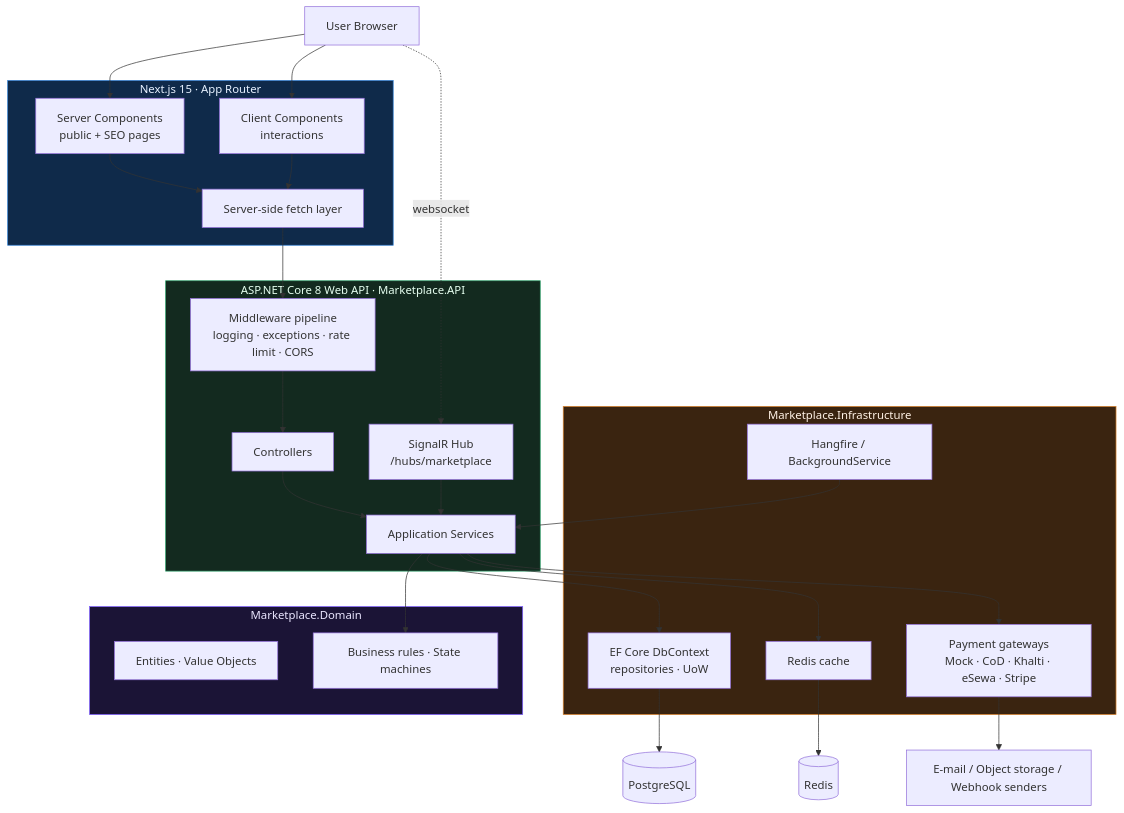
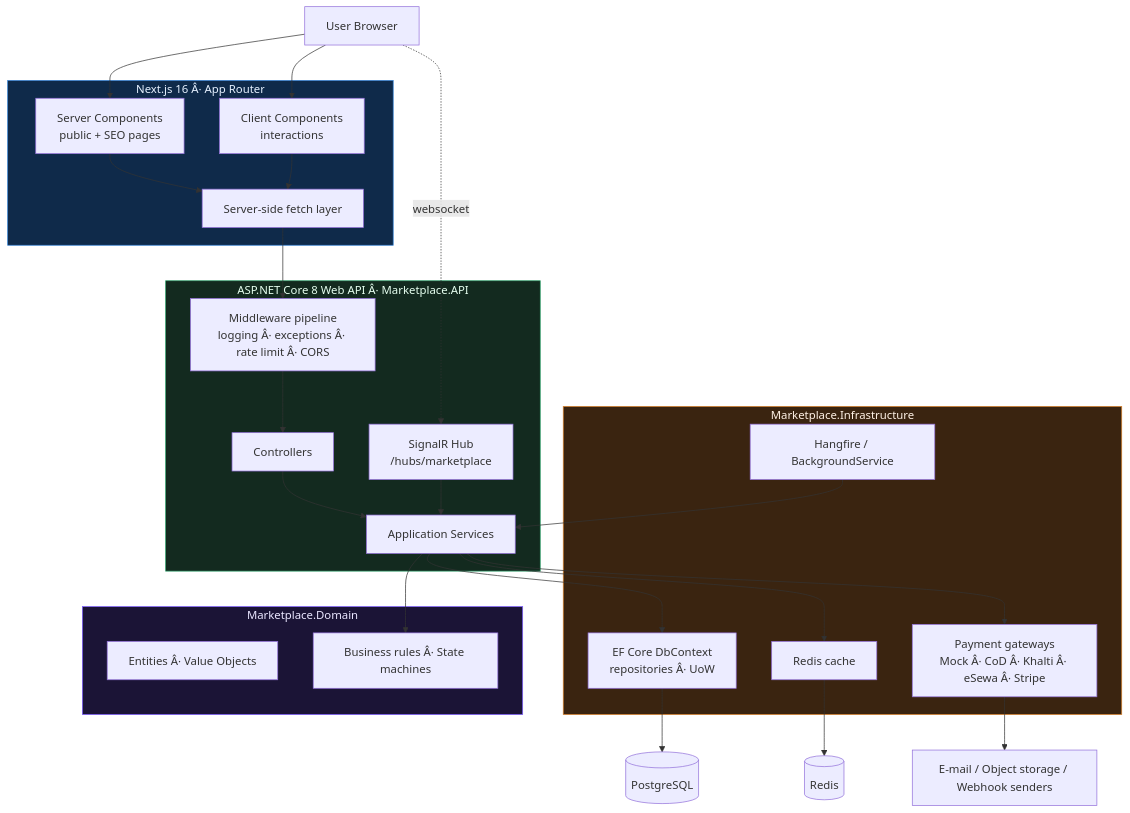
One commit to parth1-web/Multi-Vendor-Ecommerce-Marketplace changed the first of 7 diagrams in docs/architecture/DIAGRAMS.md. Above: the diagram before and after it, drawn with Mermaid. The commit also changed other lines of this file and 2 other files, not shown here.

First line of the commit message:
docs: move the documented frontend to Next 16 and fix the run instructions

````diff
--- a/docs/architecture/DIAGRAMS.md
+++ b/docs/architecture/DIAGRAMS.md
@@ -5,55 +5,55 @@
 ```mermaid
 graph TB
     Browser["User Browser"]
 
-    subgraph FE["Next.js 15 · App Router"]
+    subgraph FE["Next.js 16 Â· App Router"]
         RSC["Server Components<br/>public + SEO pages"]
         CC["Client Components<br/>interactions"]
         API["Server-side fetch layer"]
     end
 
-    subgraph BE["ASP.NET Core 8 Web API · Marketplace.API"]
-        MW["Middleware pipeline<br/>logging · exceptions · rate limit · CORS"]
+    subgraph BE["ASP.NET Core 8 Web API Â· Marketplace.API"]
+        MW["Middleware pipeline<br/>logging Â· exceptions Â· rate limit Â· CORS"]
         CTL["Controllers"]
         HUB["SignalR Hub<br/>/hubs/marketplace"]
         SVC["Application Services"]
     end
 
     subgraph IN["Marketplace.Infrastructure"]
-        EF["EF Core DbContext<br/>repositories · UoW"]
+        EF["EF Core DbContext<br/>repositories Â· UoW"]
         RD["Redis cache"]
         JOB["Hangfire / BackgroundService"]
-        PG["Payment gateways<br/>Mock · CoD · Khalti · eSewa · Stripe"]
+        PG["Payment gateways<br/>Mock Â· CoD Â· Khalti Â· eSewa Â· Stripe"]
     end
 
     subgraph DOM["Marketplace.Domain"]
-        ENT["Entities · Value Objects"]
-        RULE["Business rules · State machines"]
+        ENT["Entities Â· Value Objects"]
+        RULE["Business rules Â· State machines"]
     end
 
     DB[("PostgreSQL")]
     REDIS[("Redis")]
     EXT["E-mail / Object storage / Webhook senders"]
 
     Browser --> RSC
     Browser --> CC
     RSC --> API
     CC --> API
     Browser -.websocket.-> HUB
 
     API --> MW --> CTL --> SVC
     HUB --> SVC
     SVC --> EF
     SVC --> RD
     SVC --> PG
     SVC --> RULE
     JOB --> SVC
     EF --> DB
     RD --> REDIS
     PG --> EXT
 
     style DOM fill:#1b1436,stroke:#7c5cff,color:#eae6ff
     style FE fill:#0f2a4a,stroke:#2f7fd4,color:#e6f1ff
     style BE fill:#132a1f,stroke:#2fa36b,color:#e6fff0
     style IN fill:#3a2410,stroke:#d9822b,color:#fff2e6
 ```
````
